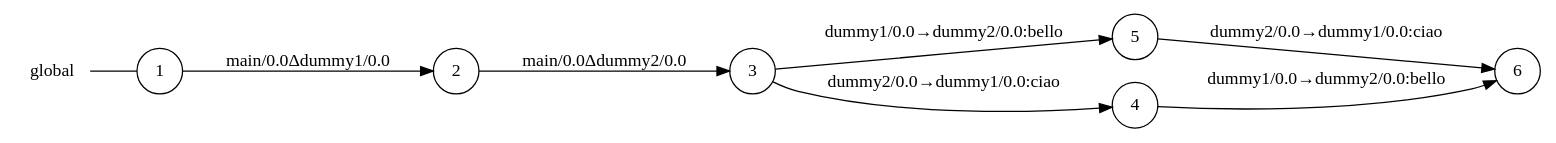
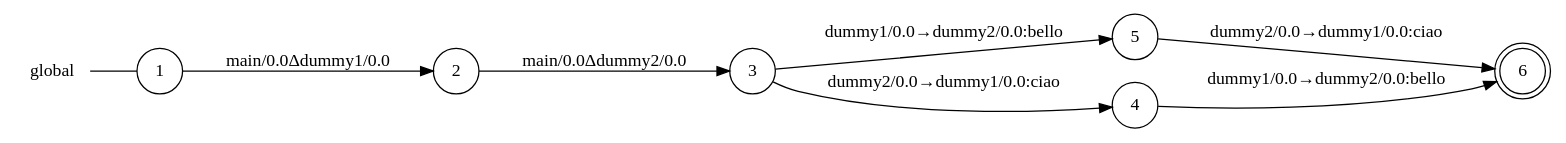
Before and after one commit to gabrielegenovese/chorer: the diagram in examples/async/main_0_global_view.dot, drawn with Graphviz. The commit also changed 6 other files, not shown here.

```diff
--- a/examples/async/main_0_global_view.dot
+++ b/examples/async/main_0_global_view.dot
@@ -1,18 +1,18 @@
 digraph global {
 	rankdir="LR";
 	n_0 [label="global", shape="plaintext"];
 	n_1 [id="5", shape=circle, label="5"];
-	n_2 [id="6", shape=circle, label="6"];
+	n_2 [id="6", shape=doublecircle, label="6"];
 	n_3 [id="1", shape=circle, label="1"];
 	n_0 -> n_3 [arrowhead=none];
 	n_4 [id="2", shape=circle, label="2"];
 	n_5 [id="4", shape=circle, label="4"];
 	n_6 [id="3", shape=circle, label="3"];
 
+	n_5 -> n_2 [id="[$e|4]", label="dummy1/0.0→dummy2/0.0:bello"];
+	n_4 -> n_6 [id="[$e|1]", label="main/0.0Δdummy2/0.0"];
 	n_6 -> n_1 [id="[$e|3]", label="dummy1/0.0→dummy2/0.0:bello"];
-	n_4 -> n_6 [id="[$e|1]", label="main/0.0Δdummy2/0.0"];
-	n_5 -> n_2 [id="[$e|4]", label="dummy1/0.0→dummy2/0.0:bello"];
+	n_3 -> n_4 [id="[$e|0]", label="main/0.0Δdummy1/0.0"];
 	n_6 -> n_5 [id="[$e|2]", label="dummy2/0.0→dummy1/0.0:ciao"];
 	n_1 -> n_2 [id="[$e|5]", label="dummy2/0.0→dummy1/0.0:ciao"];
-	n_3 -> n_4 [id="[$e|0]", label="main/0.0Δdummy1/0.0"];
 }
```
